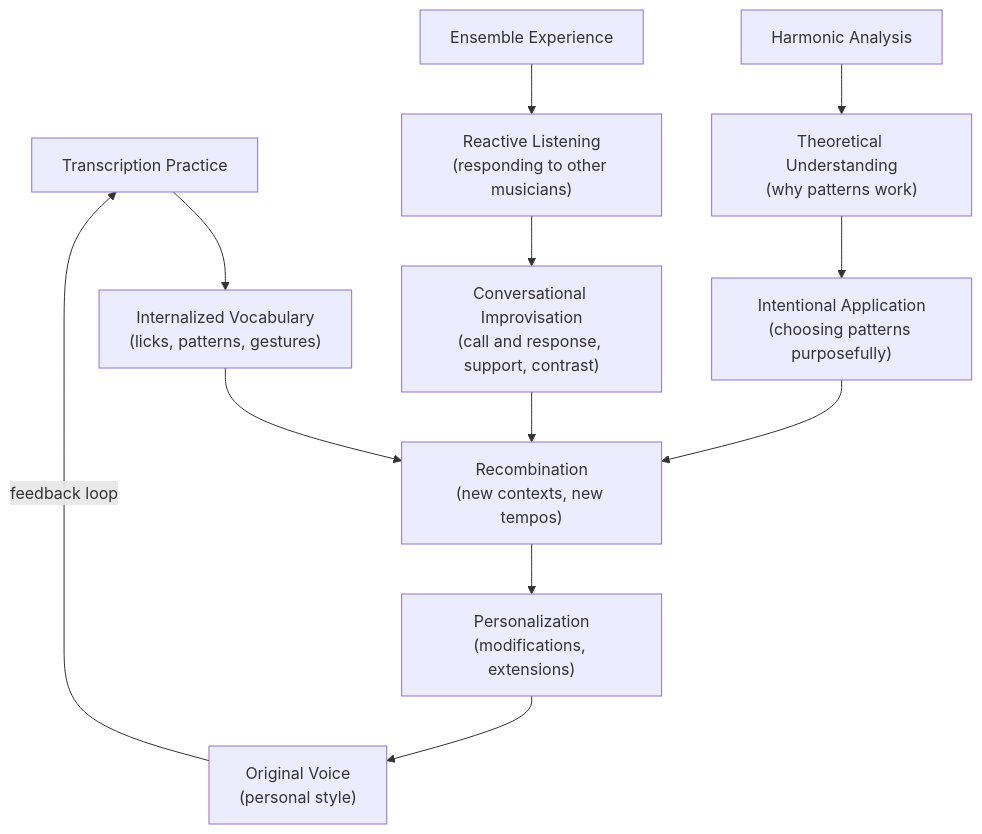
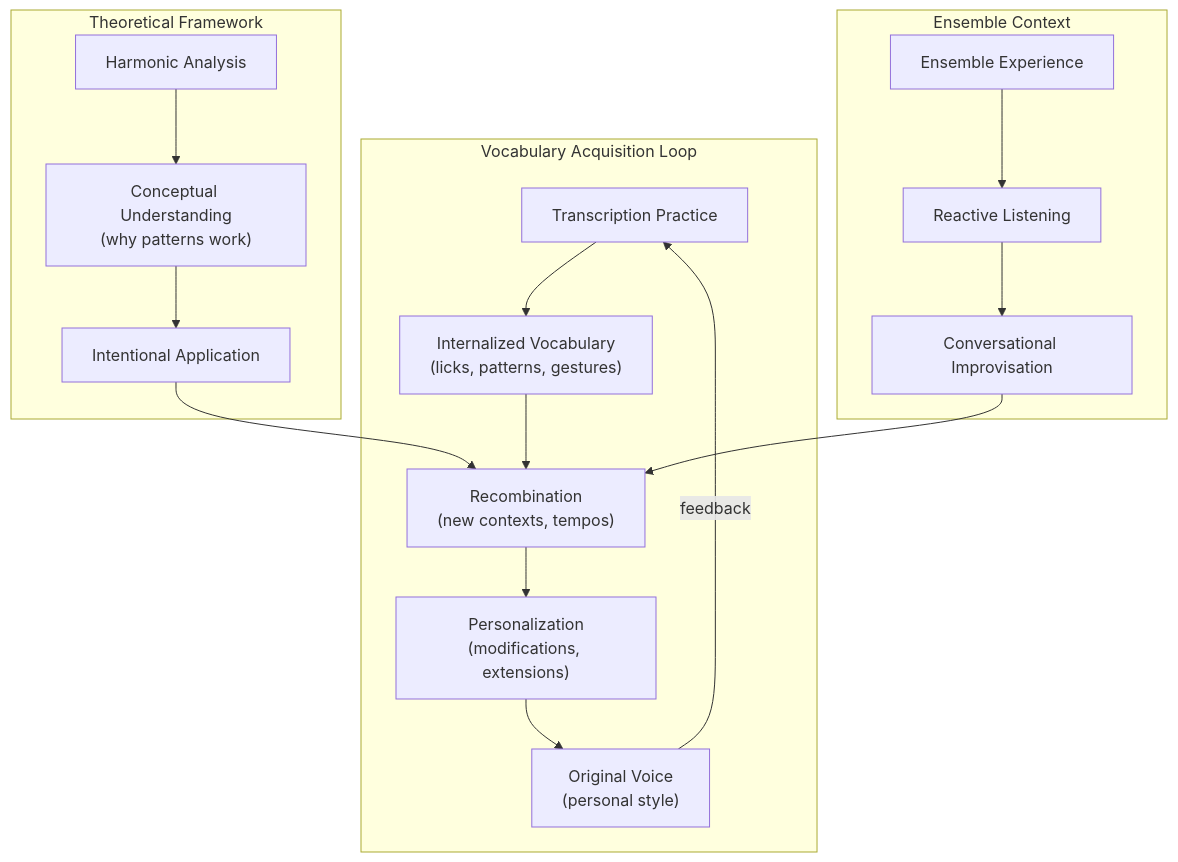
Before and after one commit to blebleblee/synapse: the fourth of 6 diagrams in topics/arts/composition/jazz_harmony/lesson_03_improvisation_techniques.md, drawn with Mermaid. The commit also changed other lines of this file and 4 other files, not shown here.

````diff
--- a/topics/arts/composition/jazz_harmony/lesson_03_improvisation_techniques.md
+++ b/topics/arts/composition/jazz_harmony/lesson_03_improvisation_techniques.md
@@ -255,16 +320,36 @@
 ```mermaid
 flowchart TD
-    A["Transcription Practice"] --> B["Internalized Vocabulary\n(licks, patterns, gestures)"]
-    B --> C["Recombination\n(new contexts, new tempos)"]
-    C --> D["Personalization\n(modifications, extensions)"]
-    D --> E["Original Voice\n(personal style)"]
-    E -->|"feedback loop"| A
+    subgraph sub_loop ["Vocabulary Acquisition Loop"]
+        A["Transcription Practice"]
+        B["Internalized Vocabulary\n(licks, patterns, gestures)"]
+        C["Recombination\n(new contexts, tempos)"]
+        D["Personalization\n(modifications, extensions)"]
+        E["Original Voice\n(personal style)"]
+    end
 
-    F["Harmonic Analysis"] --> G["Theoretical Understanding\n(why patterns work)"]
-    G --> H["Intentional Application\n(choosing patterns purposefully)"]
+    subgraph sub_theory ["Theoretical Framework"]
+        F["Harmonic Analysis"]
+        G["Conceptual Understanding\n(why patterns work)"]
+        H["Intentional Application"]
+    end
+
+    subgraph sub_ensemble ["Ensemble Context"]
+        I["Ensemble Experience"]
+        J["Reactive Listening"]
+        K["Conversational Improvisation"]
+    end
+
+    A --> B
+    B --> C
+    C --> D
+    D --> E
+    E -->|"feedback"| A
+
+    F --> G
+    G --> H
     H --> C
 
-    I["Ensemble Experience"] --> J["Reactive Listening\n(responding to other musicians)"]
-    J --> K["Conversational Improvisation\n(call and response, support, contrast)"]
+    I --> J
+    J --> K
     K --> C
 ```
````
